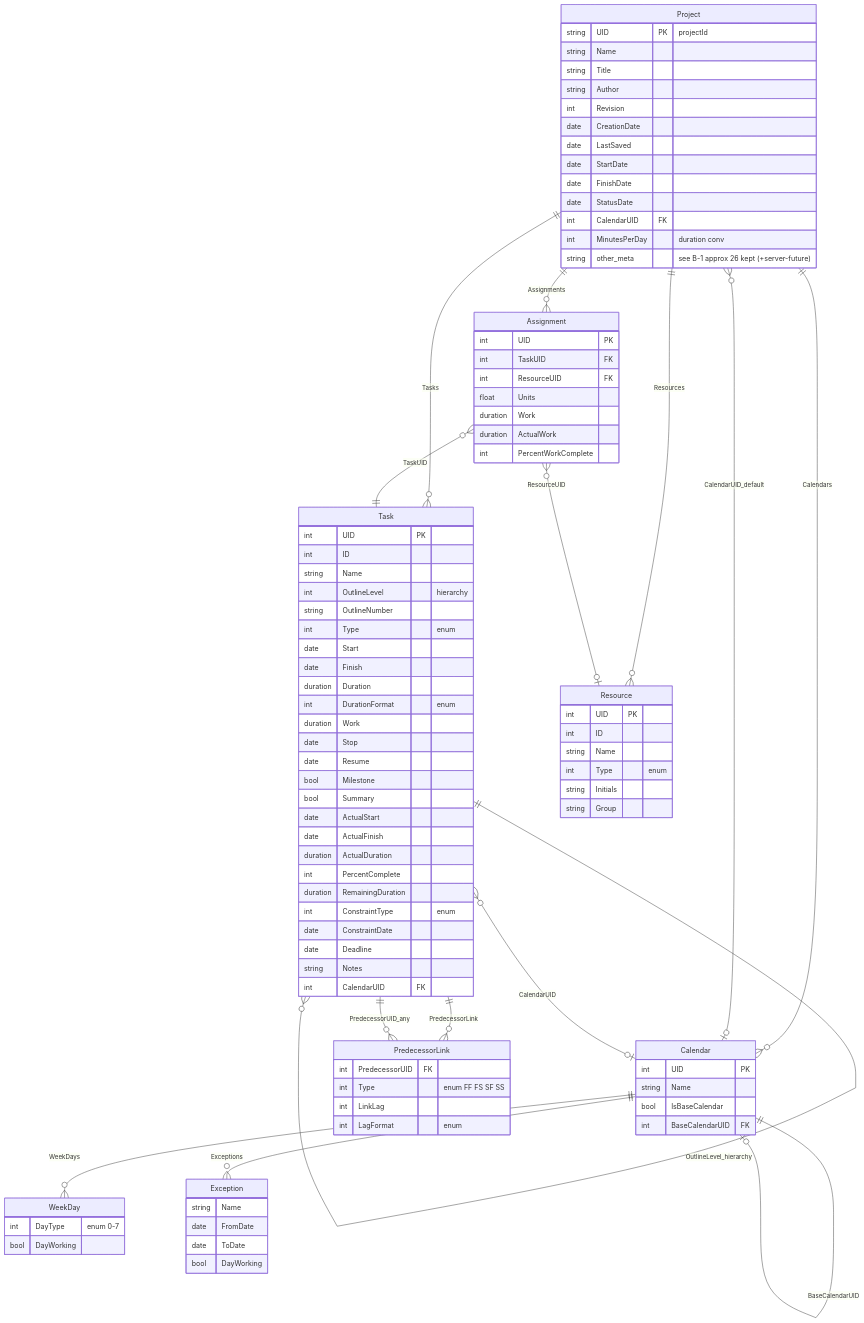
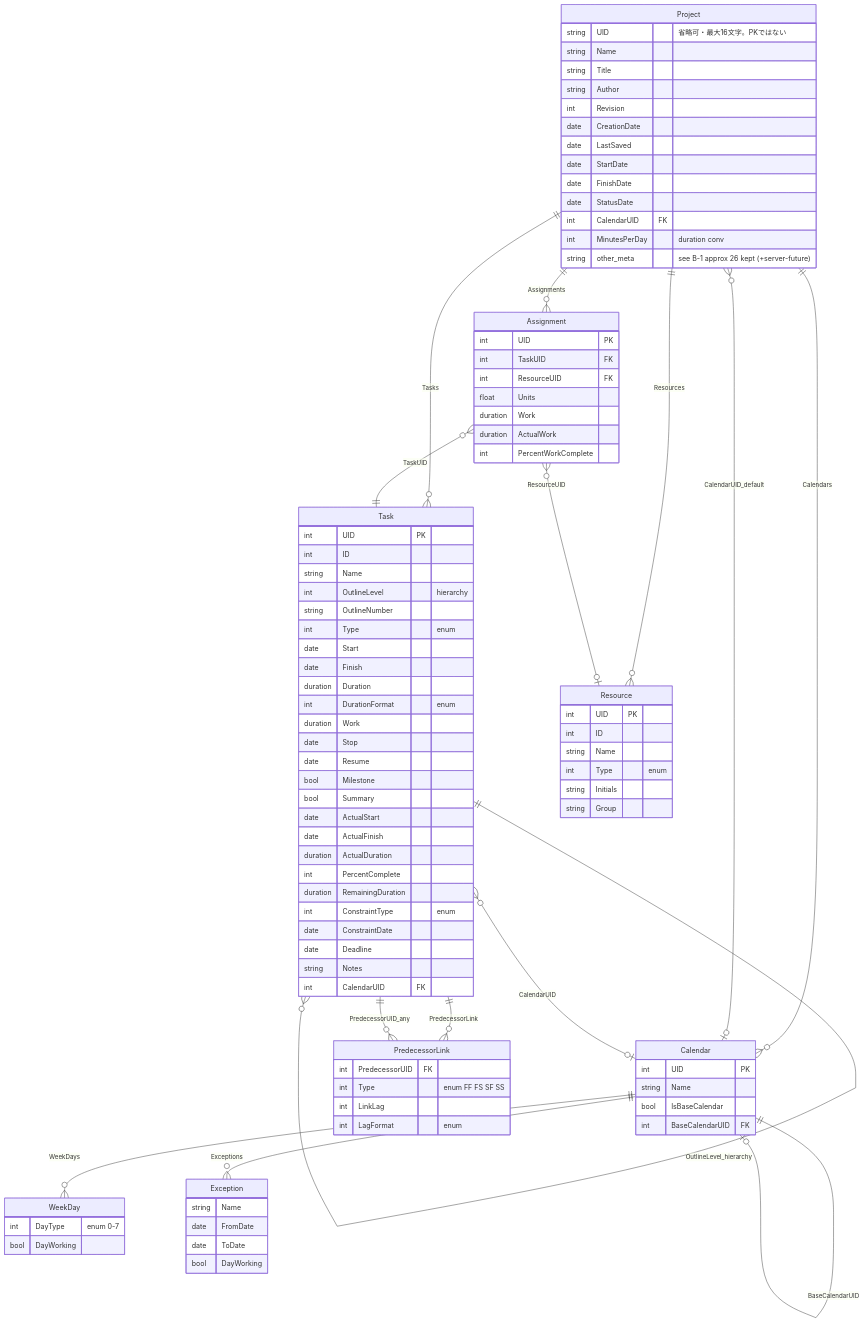
The diagram in handover/01-mspdi/mspdi-tables.md (GoodRelax/gr-scheduler), drawn with Mermaid before and after one commit. The commit also changed other lines of this file and 14 other files, not shown here.

```diff
--- a/handover/01-mspdi/mspdi-tables.md
+++ b/handover/01-mspdi/mspdi-tables.md
@@ -128,7 +128,7 @@
     Assignment }o--o| Resource : "ResourceUID"
 
     Project {
-        string UID PK "projectId"
+        string UID "省略可・最大16文字。PKではない"
         string Name
         string Title
         string Author
```
